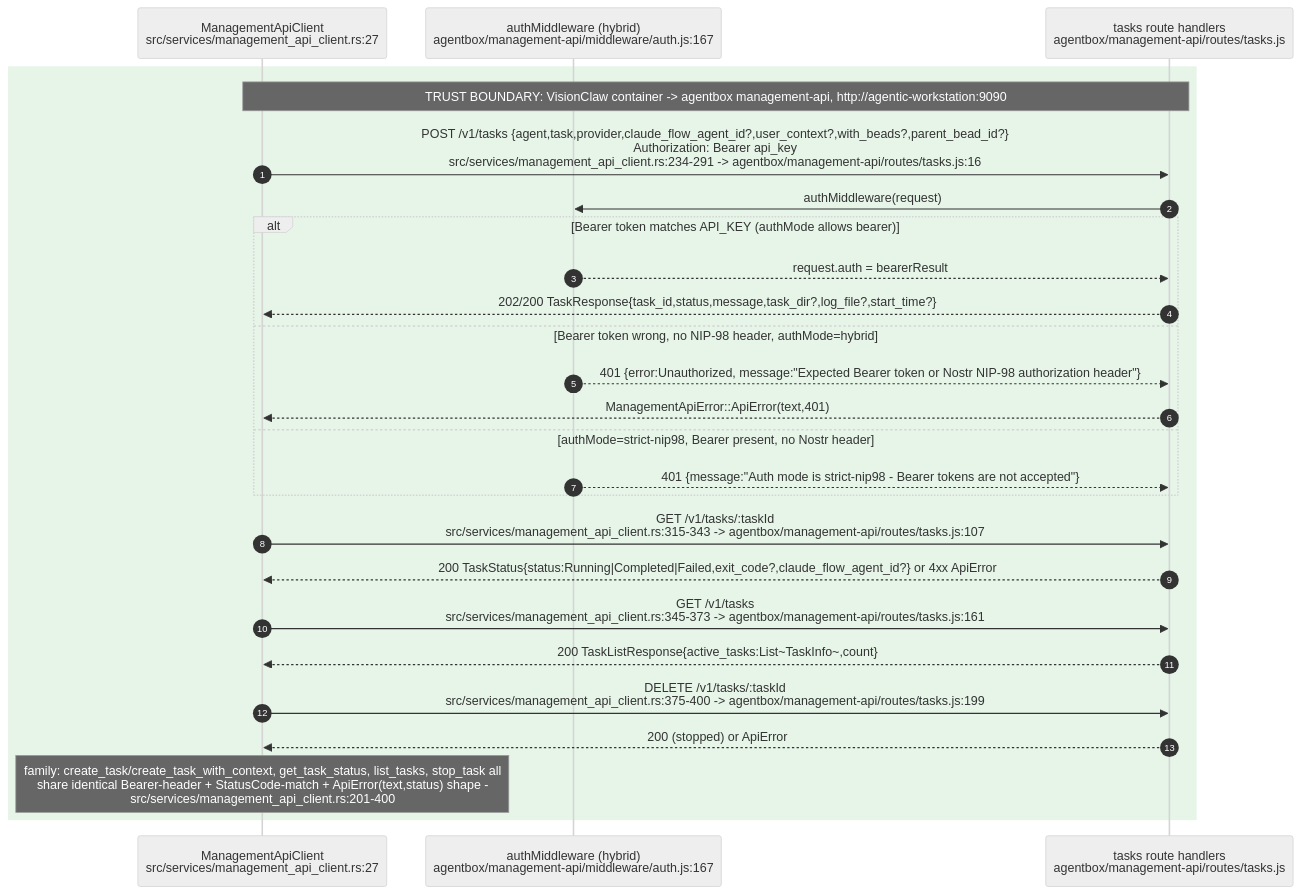
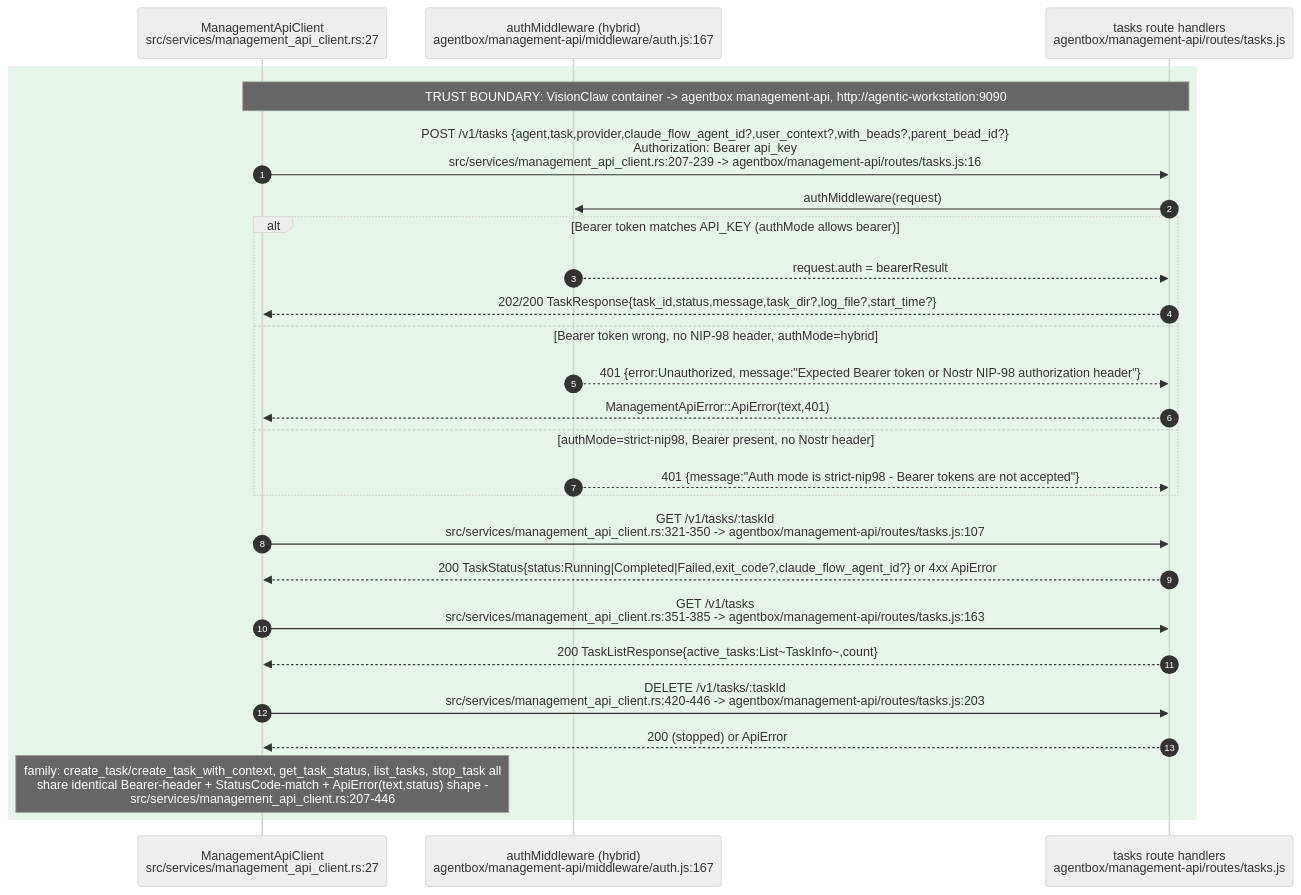
Before and after one commit to DreamLab-AI/VisionFlow: the tenth of 12 diagrams in docs/diagrams/estate/02-agent-events-agentbox-to-visionclaw.md, drawn with Mermaid (neutral theme). The commit also changed other lines of this file and 111 other files, not shown here.

Commit message:
docs(diagrams): align estate maps with current source

````diff
--- a/docs/diagrams/estate/02-agent-events-agentbox-to-visionclaw.md
+++ b/docs/diagrams/estate/02-agent-events-agentbox-to-visionclaw.md
@@ -435,29 +435,29 @@
 ```mermaid
 sequenceDiagram
     autonumber
     participant VC as ManagementApiClient<br/>src/services/management_api_client.rs:27
     participant AUTH as authMiddleware (hybrid)<br/>agentbox/management-api/middleware/auth.js:167
     participant TASKS as tasks route handlers<br/>agentbox/management-api/routes/tasks.js
 
     rect rgb(230,245,232)
     Note over VC,TASKS: TRUST BOUNDARY: VisionClaw container -> agentbox management-api, http://agentic-workstation:9090
-    VC->>TASKS: POST /v1/tasks {agent,task,provider,claude_flow_agent_id?,user_context?,with_beads?,parent_bead_id?}<br/>Authorization: Bearer api_key<br/>src/services/management_api_client.rs:234-291 -> agentbox/management-api/routes/tasks.js:16
+    VC->>TASKS: POST /v1/tasks {agent,task,provider,claude_flow_agent_id?,user_context?,with_beads?,parent_bead_id?}<br/>Authorization: Bearer api_key<br/>src/services/management_api_client.rs:207-239 -> agentbox/management-api/routes/tasks.js:16
     TASKS->>AUTH: authMiddleware(request)
     alt Bearer token matches API_KEY (authMode allows bearer)
         AUTH-->>TASKS: request.auth = bearerResult
         TASKS-->>VC: 202/200 TaskResponse{task_id,status,message,task_dir?,log_file?,start_time?}
     else Bearer token wrong, no NIP-98 header, authMode=hybrid
         AUTH-->>TASKS: 401 {error:Unauthorized, message:"Expected Bearer token or Nostr NIP-98 authorization header"}
         TASKS-->>VC: ManagementApiError::ApiError(text,401)
     else authMode=strict-nip98, Bearer present, no Nostr header
         AUTH-->>TASKS: 401 {message:"Auth mode is strict-nip98 - Bearer tokens are not accepted"}
     end
-    VC->>TASKS: GET /v1/tasks/:taskId<br/>src/services/management_api_client.rs:315-343 -> agentbox/management-api/routes/tasks.js:107
+    VC->>TASKS: GET /v1/tasks/:taskId<br/>src/services/management_api_client.rs:321-350 -> agentbox/management-api/routes/tasks.js:107
     TASKS-->>VC: 200 TaskStatus{status:Running|Completed|Failed,exit_code?,claude_flow_agent_id?} or 4xx ApiError
-    VC->>TASKS: GET /v1/tasks<br/>src/services/management_api_client.rs:345-373 -> agentbox/management-api/routes/tasks.js:161
+    VC->>TASKS: GET /v1/tasks<br/>src/services/management_api_client.rs:351-385 -> agentbox/management-api/routes/tasks.js:163
     TASKS-->>VC: 200 TaskListResponse{active_tasks:List~TaskInfo~,count}
-    VC->>TASKS: DELETE /v1/tasks/:taskId<br/>src/services/management_api_client.rs:375-400 -> agentbox/management-api/routes/tasks.js:199
+    VC->>TASKS: DELETE /v1/tasks/:taskId<br/>src/services/management_api_client.rs:420-446 -> agentbox/management-api/routes/tasks.js:203
     TASKS-->>VC: 200 (stopped) or ApiError
-    Note over VC: family: create_task/create_task_with_context, get_task_status, list_tasks, stop_task all<br/>share identical Bearer-header + StatusCode-match + ApiError(text,status) shape -<br/>src/services/management_api_client.rs:201-400
+    Note over VC: family: create_task/create_task_with_context, get_task_status, list_tasks, stop_task all<br/>share identical Bearer-header + StatusCode-match + ApiError(text,status) shape -<br/>src/services/management_api_client.rs:207-446
     end
 ```
````
